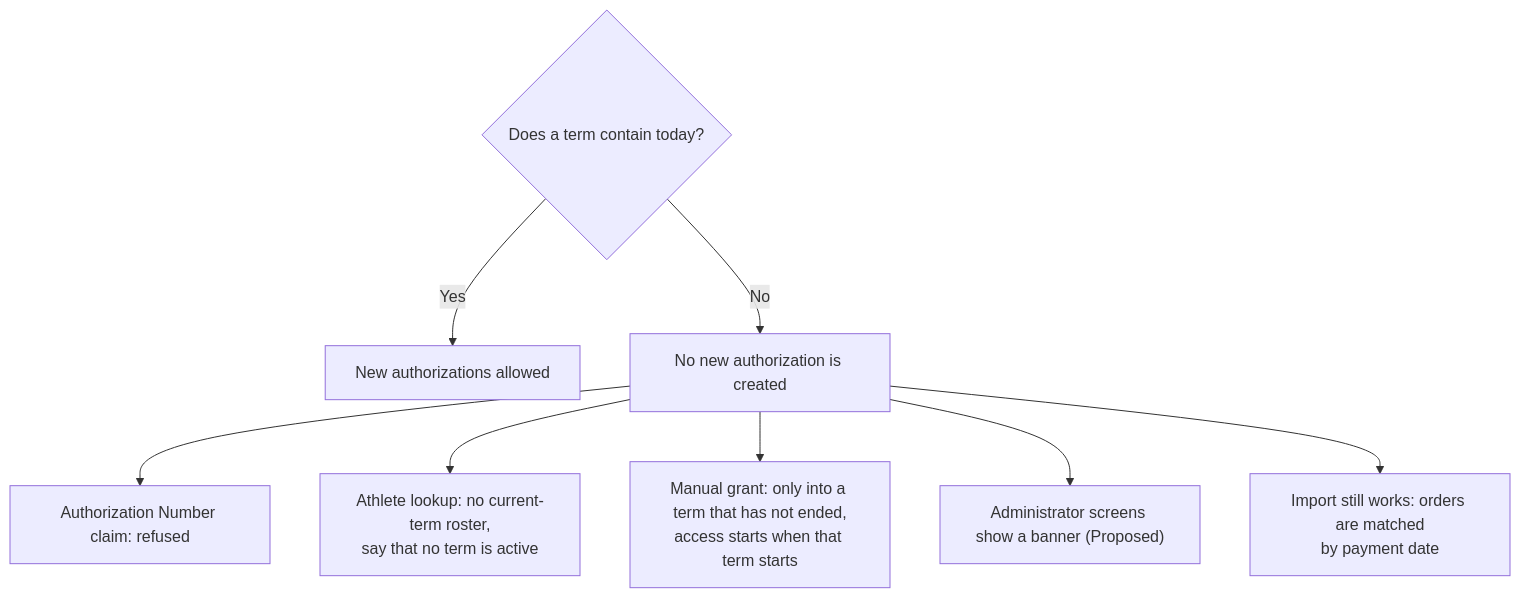
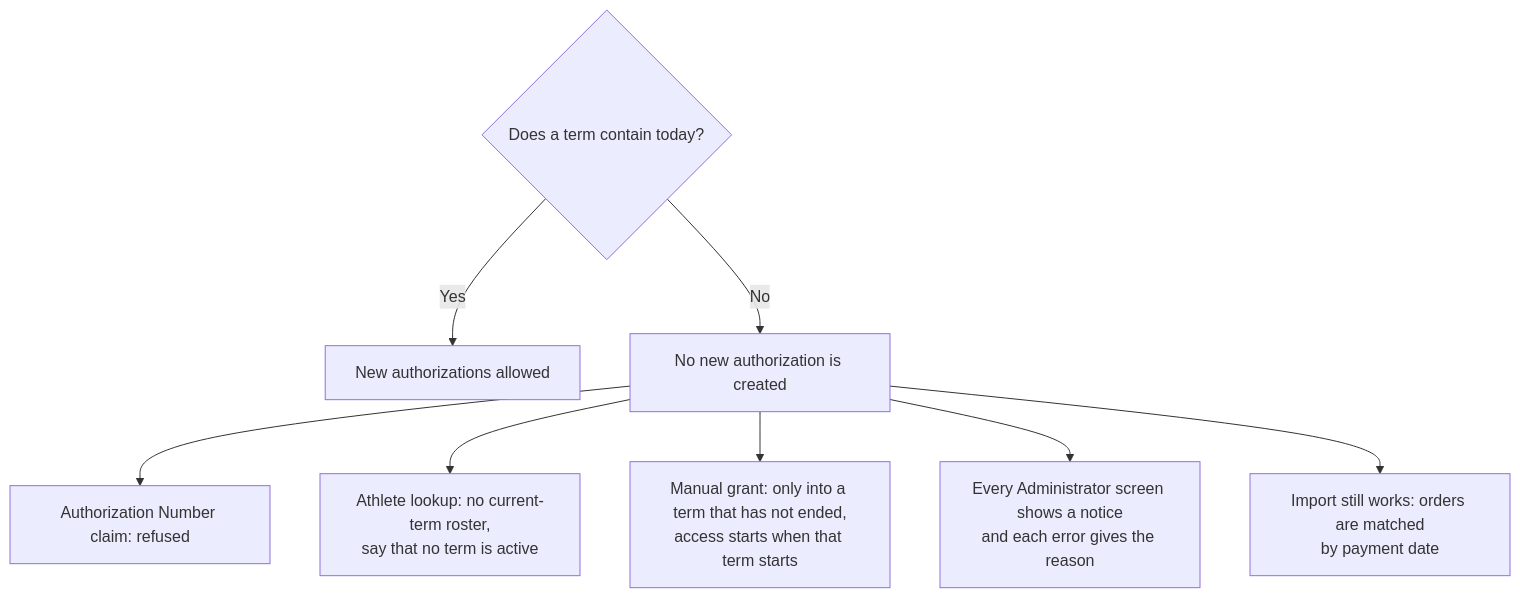
The ninth of 17 diagrams in docs/design/admin-flows.md (Th3-Minorities/natatorio-gym-app), drawn with Mermaid before and after one commit. The commit also changed other lines of this file, not shown here.

Commit message:
Apply the design review decisions to the administration flows

````diff
--- a/docs/design/admin-flows.md
+++ b/docs/design/admin-flows.md
@@ -265,10 +288,10 @@
 ```mermaid
 flowchart TD
   N1{"Does a term contain today?"} -->|"Yes"| N2["New authorizations allowed"]
   N1 -->|"No"| N3["No new authorization is created"]
   N3 --> N4["Authorization Number claim: refused"]
   N3 --> N5["Athlete lookup: no current-term roster,<br/>say that no term is active"]
   N3 --> N6["Manual grant: only into a term that has not ended,<br/>access starts when that term starts"]
-  N3 --> N7["Administrator screens show a banner (Proposed)"]
+  N3 --> N7["Every Administrator screen shows a notice<br/>and each error gives the reason"]
   N3 --> N8["Import still works: orders are matched<br/>by payment date"]
 ```
````
